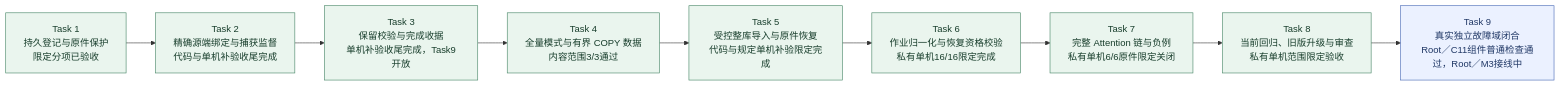
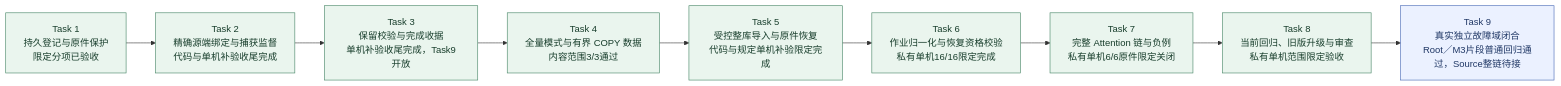
One commit to MansurnamedZhang/learning-system-p0c4 changed the second of 9 diagrams in docs/KnowWeave实施路线与系统架构.md. Above: the diagram before and after it, drawn with Mermaid. The commit also changed other lines of this file and 24 other files, not shown here.

````diff
--- a/docs/KnowWeave实施路线与系统架构.md
+++ b/docs/KnowWeave实施路线与系统架构.md
@@ -80,25 +80,25 @@
 ```mermaid
 flowchart LR
     C4T1["Task 1<br/>持久登记与原件保护<br/>限定分项已验收"]
     C4T2["Task 2<br/>精确源端绑定与捕获监督<br/>代码与单机补验收尾完成"]
     C4T3["Task 3<br/>保留校验与完成收据<br/>单机补验收尾完成，Task9开放"]
     C4T4["Task 4<br/>全量模式与有界 COPY 数据<br/>内容范围3/3通过"]
     C4T5["Task 5<br/>受控整库导入与原件恢复<br/>代码与规定单机补验限定完成"]
     C4T6["Task 6<br/>作业归一化与恢复资格校验<br/>私有单机16/16限定完成"]
     C4T7["Task 7<br/>完整 Attention 链与负例<br/>私有单机6/6原件限定关闭"]
     C4T8["Task 8<br/>当前回归、旧版升级与审查<br/>私有单机范围限定验收"]
-    C4T9["Task 9<br/>真实独立故障域闭合<br/>Root／C11组件普通检查通过，Root／M3接线中"]
+    C4T9["Task 9<br/>真实独立故障域闭合<br/>Root／M3片段普通回归通过，Source整链待接"]
     C4T1 --> C4T2
     C4T2 --> C4T3
     C4T3 --> C4T4
     C4T4 --> C4T5
     C4T5 --> C4T6
     C4T6 --> C4T7
     C4T7 --> C4T8
     C4T8 --> C4T9
     class C4T1,C4T2,C4T3,C4T4,C4T5,C4T6,C4T7,C4T8 done
     class C4T9 next
     classDef done fill:#eaf5ee,stroke:#438363,color:#173d2b
     classDef next fill:#ebf1ff,stroke:#4365b4,color:#203866
     classDef planned fill:#f2f4f8,stroke:#8591a3,color:#28354b
 ```
````
